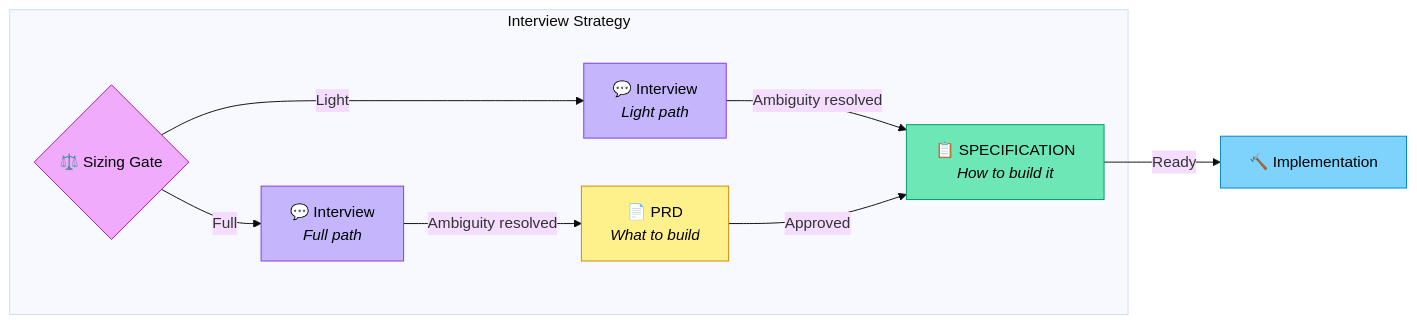
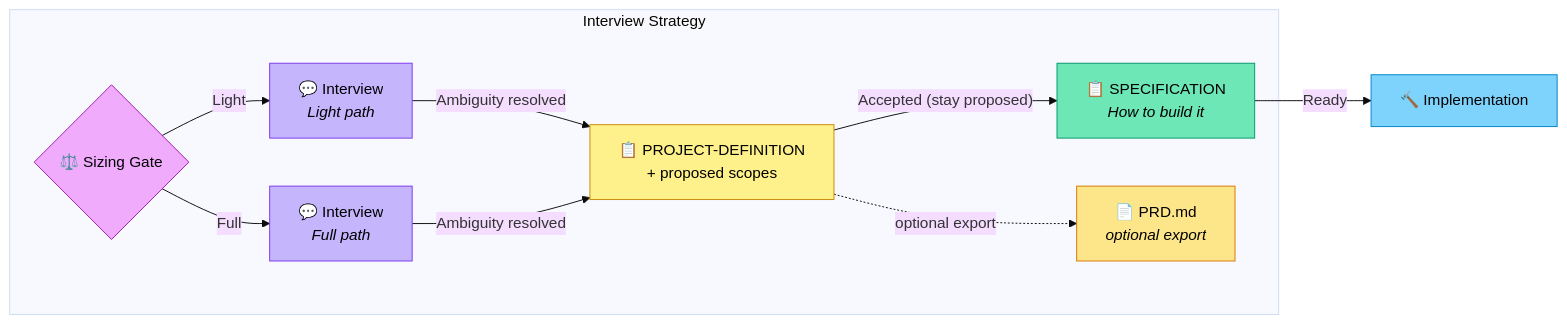
Before and after one commit to deftai/directive: the diagram in content/strategies/interview.md, drawn with Mermaid (base theme). The commit also changed other lines of this file and 4 other files, not shown here.

First line of the commit message:
fix(interview): align Workflow Overview with PRD-optional polarity (#5354)

````diff
--- a/content/strategies/interview.md
+++ b/content/strategies/interview.md
@@ -292,24 +292,27 @@
 ```mermaid
 flowchart LR
     subgraph interview ["Interview Strategy"]
         G{"⚖️ Sizing Gate"}
         I_L["💬 Interview<br/><i>Light path</i>"]
         I_F["💬 Interview<br/><i>Full path</i>"]
-        P["📄 PRD<br/><i>What to build</i>"]
+        PD["📋 PROJECT-DEFINITION<br/>+ proposed scopes"]
         S["📋 SPECIFICATION<br/><i>How to build it</i>"]
+        R["📄 PRD.md<br/><i>optional export</i>"]
     end
 
     G -->|"Light"| I_L
     G -->|"Full"| I_F
-    I_L -->|"Ambiguity resolved"| S
-    I_F -->|"Ambiguity resolved"| P
-    P -->|"Approved"| S
+    I_L -->|"Ambiguity resolved"| PD
+    I_F -->|"Ambiguity resolved"| PD
+    PD -->|"Accepted (stay proposed)"| S
+    PD -. "optional export" .-> R
     S -->|"Ready"| IMPL["🔨 Implementation"]
 
     style G fill:#f0abfc,stroke:#a21caf,color:#000
     style I_L fill:#c4b5fd,stroke:#7c3aed,color:#000
     style I_F fill:#c4b5fd,stroke:#7c3aed,color:#000
-    style P fill:#fef08a,stroke:#ca8a04,color:#000
+    style PD fill:#fef08a,stroke:#ca8a04,color:#000
+    style R fill:#fde68a,stroke:#d97706,color:#000
     style S fill:#6ee7b7,stroke:#059669,color:#000
     style IMPL fill:#7dd3fc,stroke:#0284c7,color:#000
 ```
````
